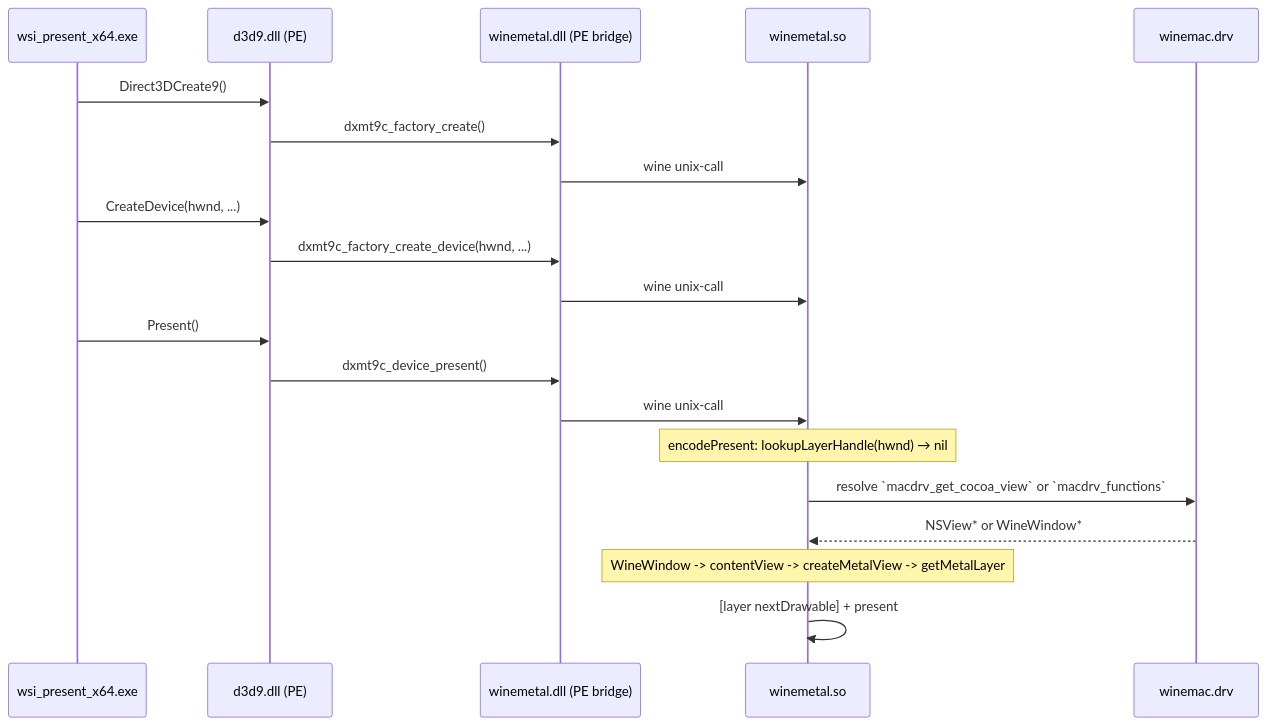
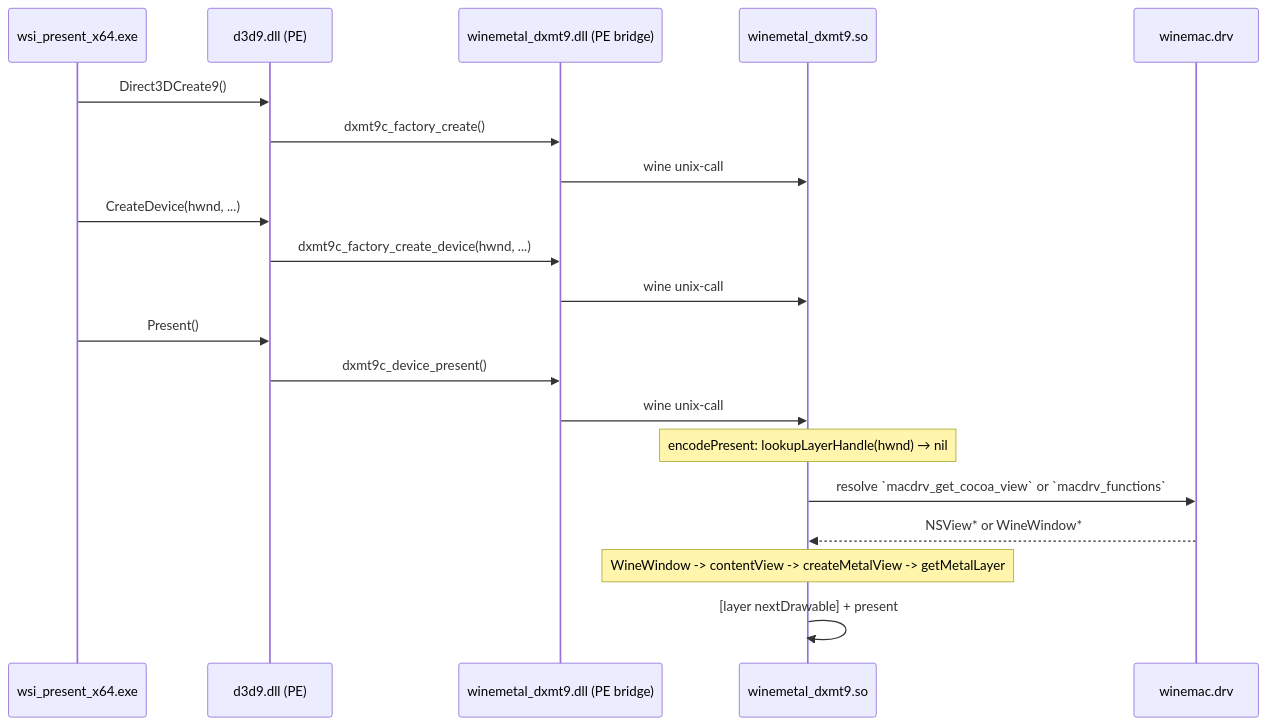
The sixth of 8 diagrams in specs/tests/spec.md (dfdgsdfg/dxmt9), drawn with Mermaid before and after one commit. The commit also changed other lines of this file and 64 other files, not shown here.

````diff
--- a/specs/tests/spec.md
+++ b/specs/tests/spec.md
@@ -546,23 +546,23 @@
 ```mermaid
 sequenceDiagram
     participant App as wsi_present_x64.exe
     participant D3D as d3d9.dll (PE)
-    participant Bridge as winemetal.dll (PE bridge)
-    participant Unix as winemetal.so
+    participant Bridge as winemetal_dxmt9.dll (PE bridge)
+    participant Unix as winemetal_dxmt9.so
     participant Wine as winemac.drv
 
     App->>D3D: Direct3DCreate9()
     D3D->>Bridge: dxmt9c_factory_create()
     Bridge->>Unix: wine unix-call
     App->>D3D: CreateDevice(hwnd, ...)
     D3D->>Bridge: dxmt9c_factory_create_device(hwnd, ...)
     Bridge->>Unix: wine unix-call
     App->>D3D: Present()
     D3D->>Bridge: dxmt9c_device_present()
     Bridge->>Unix: wine unix-call
     Note over Unix: encodePresent: lookupLayerHandle(hwnd) → nil
     Unix->>Wine: resolve `macdrv_get_cocoa_view` or `macdrv_functions`
     Wine-->>Unix: NSView* or WineWindow*
     Note over Unix: WineWindow -> contentView -> createMetalView -> getMetalLayer
     Unix->>Unix: [layer nextDrawable] + present
 ```
````
